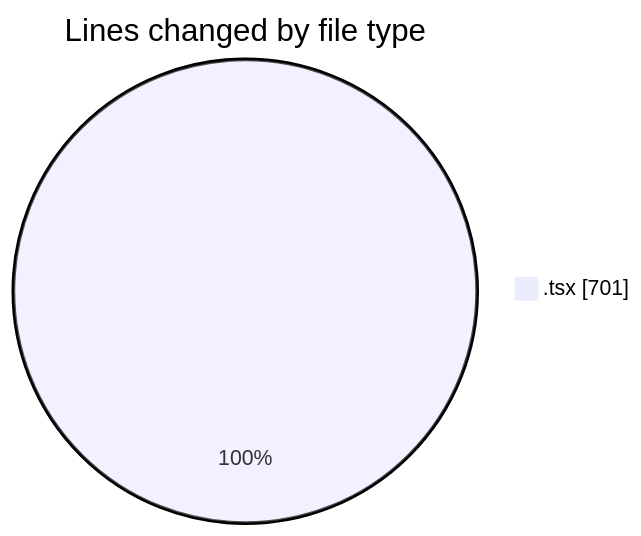
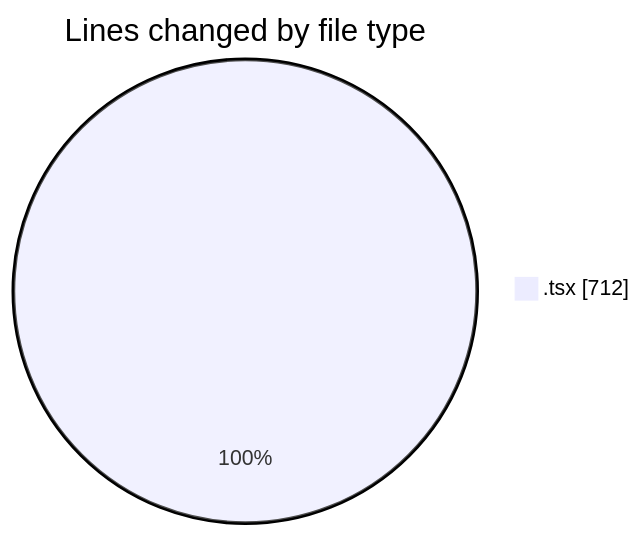
Before and after one commit to momahboobian/code-tracking: the first of 2 diagrams in 2025-07-11/cda/README.md, drawn with Mermaid. The commit also changed other lines of this file and 1 other file, not shown here.

````diff
--- a/2025-07-11/cda/README.md
+++ b/2025-07-11/cda/README.md
@@ -21,5 +21,5 @@
 ```mermaid
 pie showData
 title Lines changed by file type
-".tsx" : 701
+".tsx" : 712
 ```
````
